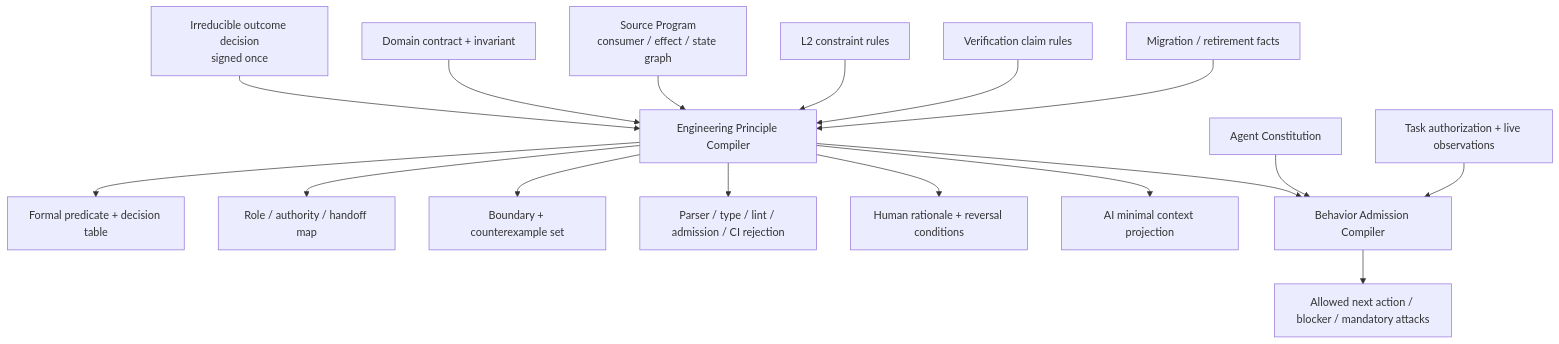
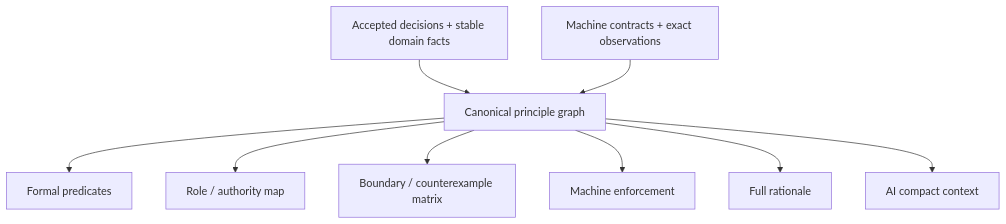
One commit to sec-platform/sec changed diagram 12 of 14 in docs/system-architecture.md. Above: the diagram before and after it, drawn with Mermaid. The commit also changed other lines of this file and 14 other files, not shown here.

````diff
--- a/docs/system-architecture.md
+++ b/docs/system-architecture.md
@@ -494,19 +685,11 @@
 ```mermaid
 flowchart TB
-  U[Irreducible outcome decision<br/>signed once] --> P[Engineering Principle Compiler]
-  D[Domain contract + invariant] --> P
-  S[Source Program<br/>consumer / effect / state graph] --> P
-  C[L2 constraint rules] --> P
-  V[Verification claim rules] --> P
-  M[Migration / retirement facts] --> P
-  P --> F[Formal predicate + decision table]
-  P --> R[Role / authority / handoff map]
-  P --> B[Boundary + counterexample set]
-  P --> E[Parser / type / lint / admission / CI rejection]
-  P --> H[Human rationale + reversal conditions]
-  P --> A[AI minimal context projection]
-  AC[Agent Constitution] --> BC[Behavior Admission Compiler]
-  P --> BC
-  T[Task authorization + live observations] --> BC
-  BC --> N[Allowed next action / blocker / mandatory attacks]
+  D[Accepted decisions + stable domain facts] --> G[Canonical principle graph]
+  M[Machine contracts + exact observations] --> G
+  G --> F[Formal predicates]
+  G --> R[Role / authority map]
+  G --> B[Boundary / counterexample matrix]
+  G --> E[Machine enforcement]
+  G --> H[Full rationale]
+  G --> A[AI compact context]
 ```
````
